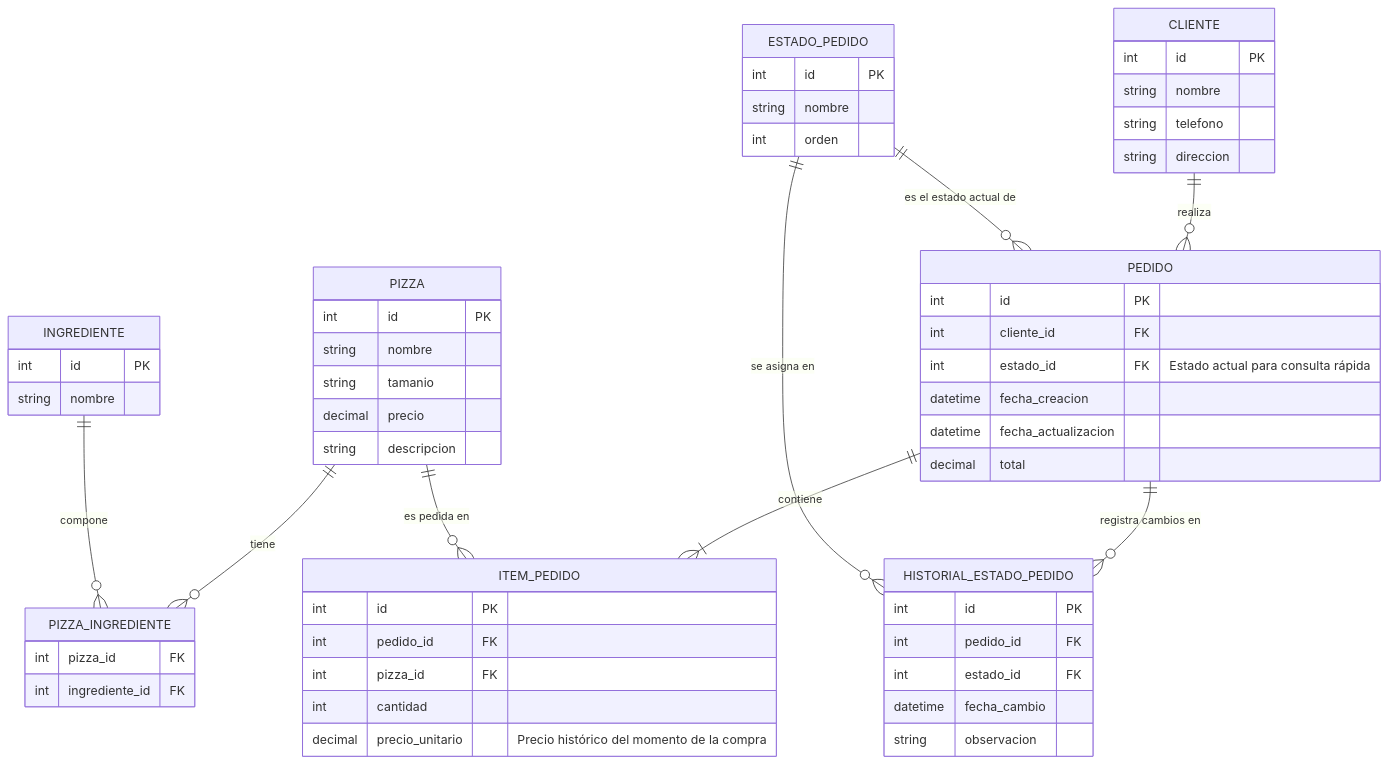
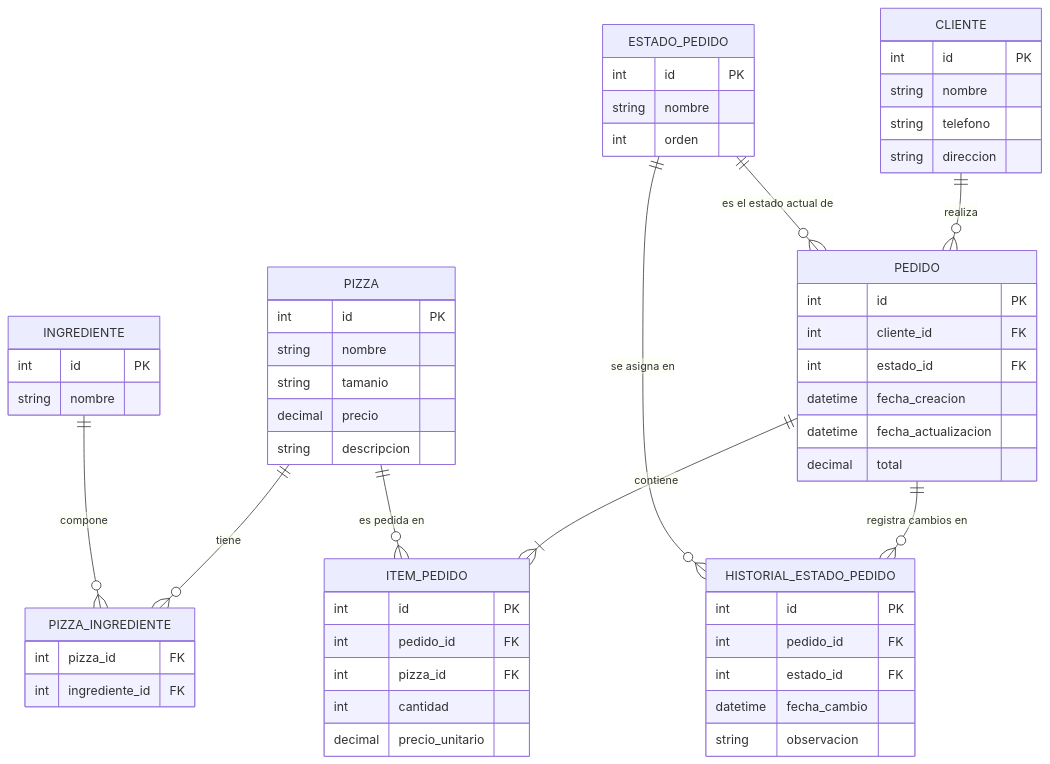
The second of 3 diagrams in Plan3.2/Relevamiento.md (MonkiCapo/Trabajos2026), drawn with Mermaid before and after one commit. The commit also changed other lines of this file and 7 other files, not shown here.

````diff
--- a/Plan3.2/Relevamiento.md
+++ b/Plan3.2/Relevamiento.md
@@ -102,69 +102,69 @@
 ```mermaid
 erDiagram
     CLIENTE {
         int id PK
         string nombre
         string telefono
         string direccion
     }
 
     PIZZA {
         int id PK
         string nombre
         string tamanio
         decimal precio
         string descripcion
     }
 
     INGREDIENTE {
         int id PK
         string nombre
     }
 
     PIZZA_INGREDIENTE {
         int pizza_id FK
         int ingrediente_id FK
     }
 
     ESTADO_PEDIDO {
         int id PK
         string nombre
         int orden
     }
 
     PEDIDO {
         int id PK
         int cliente_id FK
-        int estado_id FK "Estado actual para consulta rápida"
+        int estado_id FK
         datetime fecha_creacion
         datetime fecha_actualizacion
         decimal total
     }
 
     ITEM_PEDIDO {
         int id PK
         int pedido_id FK
         int pizza_id FK
         int cantidad
-        decimal precio_unitario "Precio histórico del momento de la compra"
+        decimal precio_unitario
     }
 
     HISTORIAL_ESTADO_PEDIDO {
         int id PK
         int pedido_id FK
         int estado_id FK
         datetime fecha_cambio
         string observacion
     }
 
     CLIENTE ||--o{ PEDIDO : "realiza"
     PEDIDO ||--|{ ITEM_PEDIDO : "contiene"
     PIZZA ||--o{ ITEM_PEDIDO : "es pedida en"
 
     PIZZA ||--o{ PIZZA_INGREDIENTE : "tiene"
     INGREDIENTE ||--o{ PIZZA_INGREDIENTE : "compone"
 
     ESTADO_PEDIDO ||--o{ PEDIDO : "es el estado actual de"
     PEDIDO ||--o{ HISTORIAL_ESTADO_PEDIDO : "registra cambios en"
     ESTADO_PEDIDO ||--o{ HISTORIAL_ESTADO_PEDIDO : "se asigna en"
 ```
````
